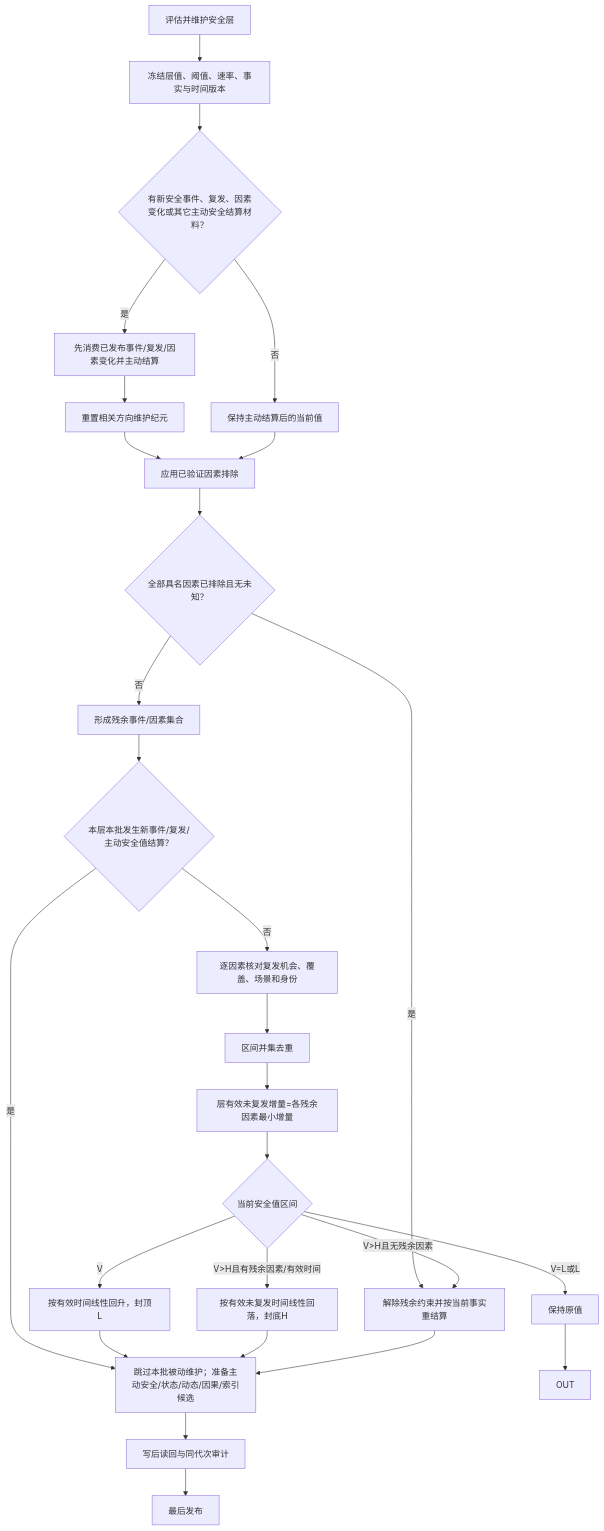
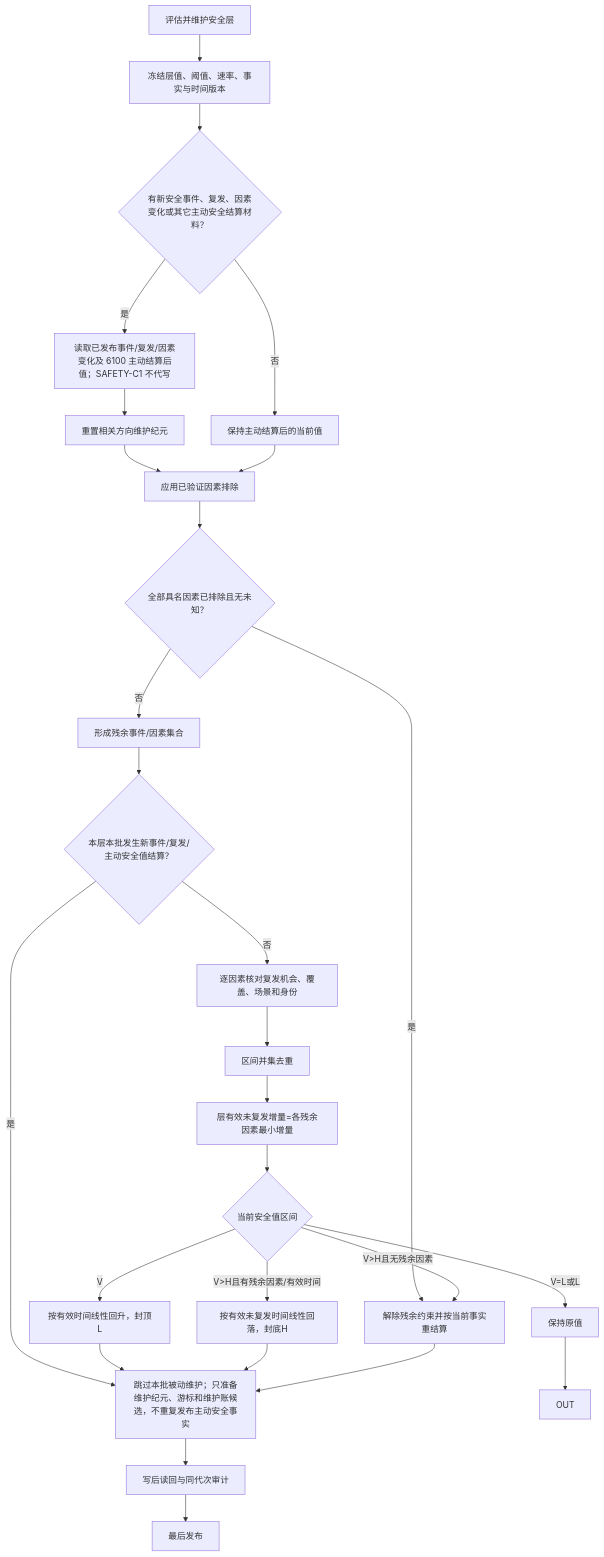
Before and after one commit to chunhaizh-cyber/HY-Ego: the third of 6 diagrams in 规范/详细设计/函数结构知识图谱/20260724_SAFETY-PRIORITY_分层安全值维护与因果任务优先级函数结构知识图谱.md, drawn with Mermaid. The commit also changed other lines of this file and 34 other files, not shown here.

````diff
--- a/规范/详细设计/函数结构知识图谱/20260724_SAFETY-PRIORITY_分层安全值维护与因果任务优先级函数结构知识图谱.md
+++ b/规范/详细设计/函数结构知识图谱/20260724_SAFETY-PRIORITY_分层安全值维护与因果任务优先级函数结构知识图谱.md
@@ -97,29 +97,29 @@
 ```mermaid
 flowchart TD
     A["评估并维护安全层"] --> B["冻结层值、阈值、速率、事实与时间版本"]
     B --> C{"有新安全事件、复发、因素变化或其它主动安全结算材料？"}
-    C -- "是" --> D["先消费已发布事件/复发/因素变化并主动结算"]
+    C -- "是" --> D["读取已发布事件/复发/因素变化及 6100 主动结算后值；SAFETY-C1 不代写"]
     D --> E["重置相关方向维护纪元"]
     C -- "否" --> D0["保持主动结算后的当前值"]
     E --> F
     D0 --> F["应用已验证因素排除"]
     F --> G{"全部具名因素已排除且无未知？"}
     G -- "是" --> H["解除残余约束并按当前事实重结算"]
     G -- "否" --> I["形成残余事件/因素集合"]
     I --> S{"本层本批发生新事件/复发/主动安全值结算？"}
-    S -- "是" --> TX["跳过本批被动维护；准备主动安全/状态/动态/因果/索引候选"]
+    S -- "是" --> TX["跳过本批被动维护；只准备维护纪元、游标和维护账候选，不重复发布主动安全事实"]
     S -- "否" --> J["逐因素核对复发机会、覆盖、场景和身份"]
     J --> K["区间并集去重"]
     K --> L["层有效未复发增量=各残余因素最小增量"]
     L --> M{"当前安全值区间"}
     M -- "V<L" --> O["按有效时间线性回升，封顶L"]
     M -- "V=L或L<V<H或V=H" --> P["保持原值"]
     M -- "V>H且有残余因素/有效时间" --> Q["按有效未复发时间线性回落，封底H"]
     M -- "V>H且无残余因素" --> H
     O --> TX
     Q --> TX
     H --> TX
     P --> OUT
     TX --> AUDIT["写后读回与同代次审计"]
     AUDIT --> PUB["最后发布"]
 ```
````
